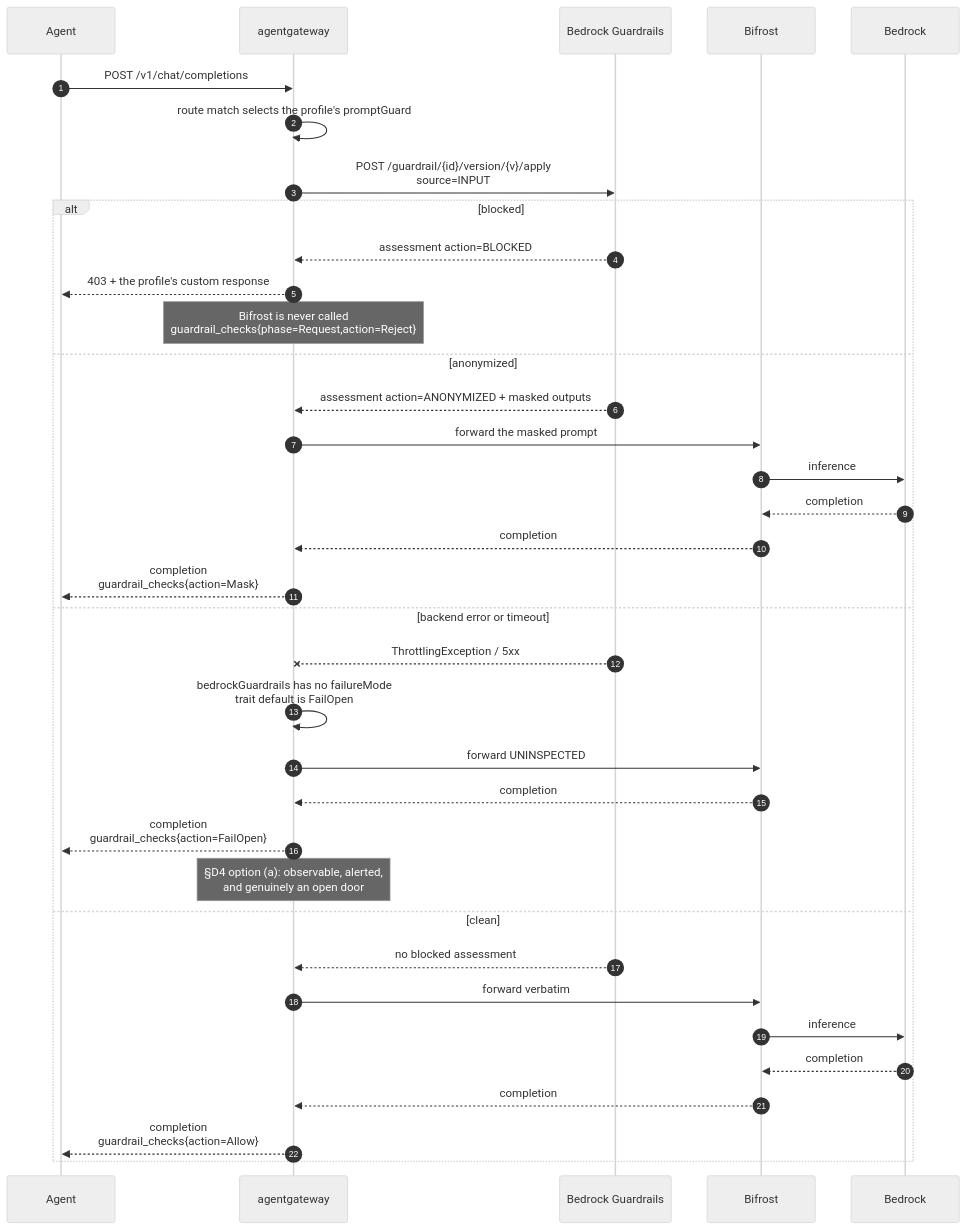
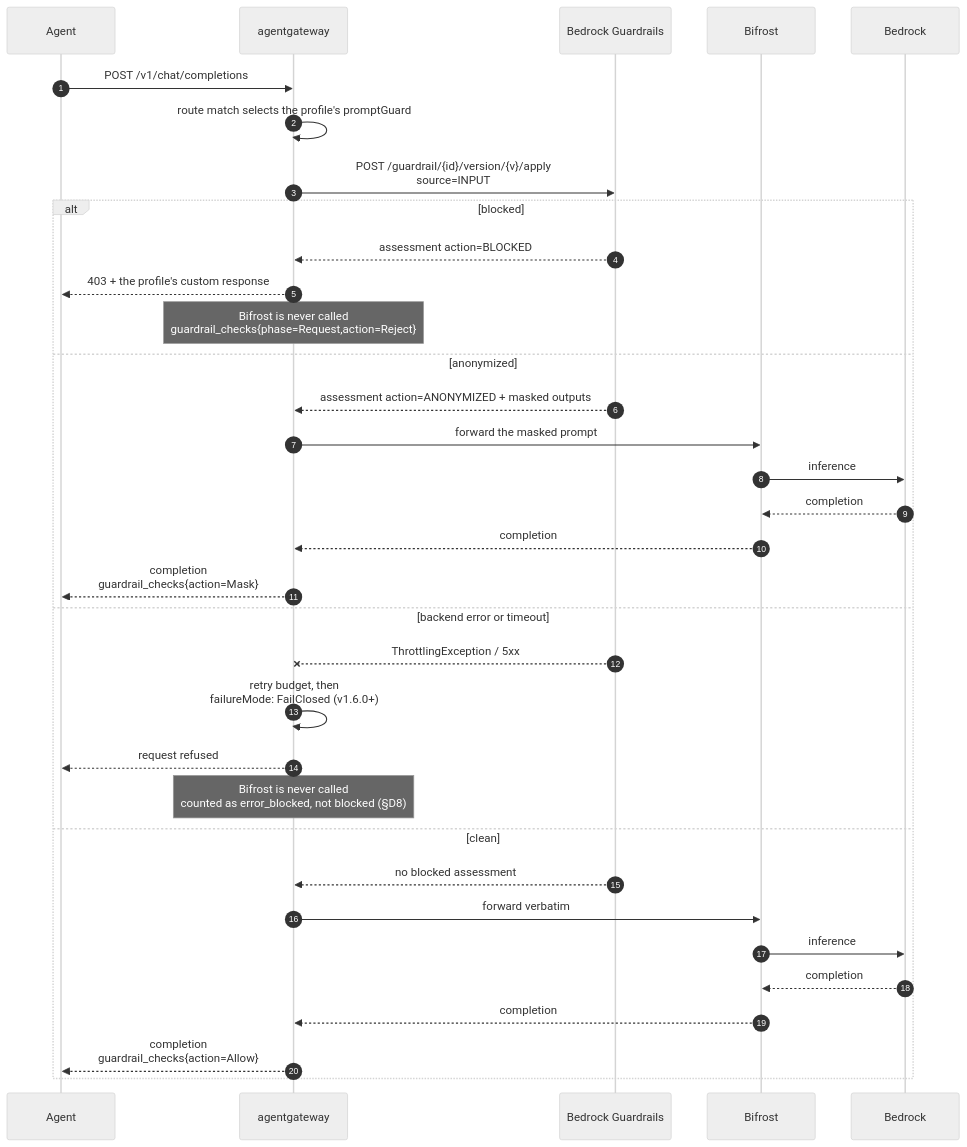
One commit to awslabs/open-agentic-platform changed the second of 3 diagrams in docs/architecture/agent-guardrails.md. Above: the diagram before and after it, drawn with Mermaid (neutral theme).

Commit message:
docs(architecture): redraw the sequence's error branch as a fail-closed refusal

````diff
--- a/docs/architecture/agent-guardrails.md
+++ b/docs/architecture/agent-guardrails.md
@@ -1598,39 +1598,37 @@
 ```mermaid
 sequenceDiagram
     autonumber
     participant Ag as Agent
     participant AG as agentgateway
     participant GR as Bedrock Guardrails
     participant BF as Bifrost
     participant BR as Bedrock
 
     Ag->>AG: POST /v1/chat/completions
     AG->>AG: route match selects the profile's promptGuard
     AG->>GR: POST /guardrail/{id}/version/{v}/apply<br/>source=INPUT
     alt blocked
         GR-->>AG: assessment action=BLOCKED
         AG-->>Ag: 403 + the profile's custom response
         Note over AG: Bifrost is never called<br/>guardrail_checks{phase=Request,action=Reject}
     else anonymized
         GR-->>AG: assessment action=ANONYMIZED + masked outputs
         AG->>BF: forward the masked prompt
         BF->>BR: inference
         BR-->>BF: completion
         BF-->>AG: completion
         AG-->>Ag: completion<br/>guardrail_checks{action=Mask}
     else backend error or timeout
         GR--xAG: ThrottlingException / 5xx
-        AG->>AG: bedrockGuardrails has no failureMode<br/>trait default is FailOpen
-        AG->>BF: forward UNINSPECTED
-        BF-->>AG: completion
-        AG-->>Ag: completion<br/>guardrail_checks{action=FailOpen}
-        Note over AG: §D4 option (a): observable, alerted,<br/>and genuinely an open door
+        AG->>AG: retry budget, then<br/>failureMode: FailClosed (v1.6.0+)
+        AG-->>Ag: request refused
+        Note over AG: Bifrost is never called<br/>counted as error_blocked, not blocked (§D8)
     else clean
         GR-->>AG: no blocked assessment
         AG->>BF: forward verbatim
         BF->>BR: inference
         BR-->>BF: completion
         BF-->>AG: completion
         AG-->>Ag: completion<br/>guardrail_checks{action=Allow}
     end
 ```
````
